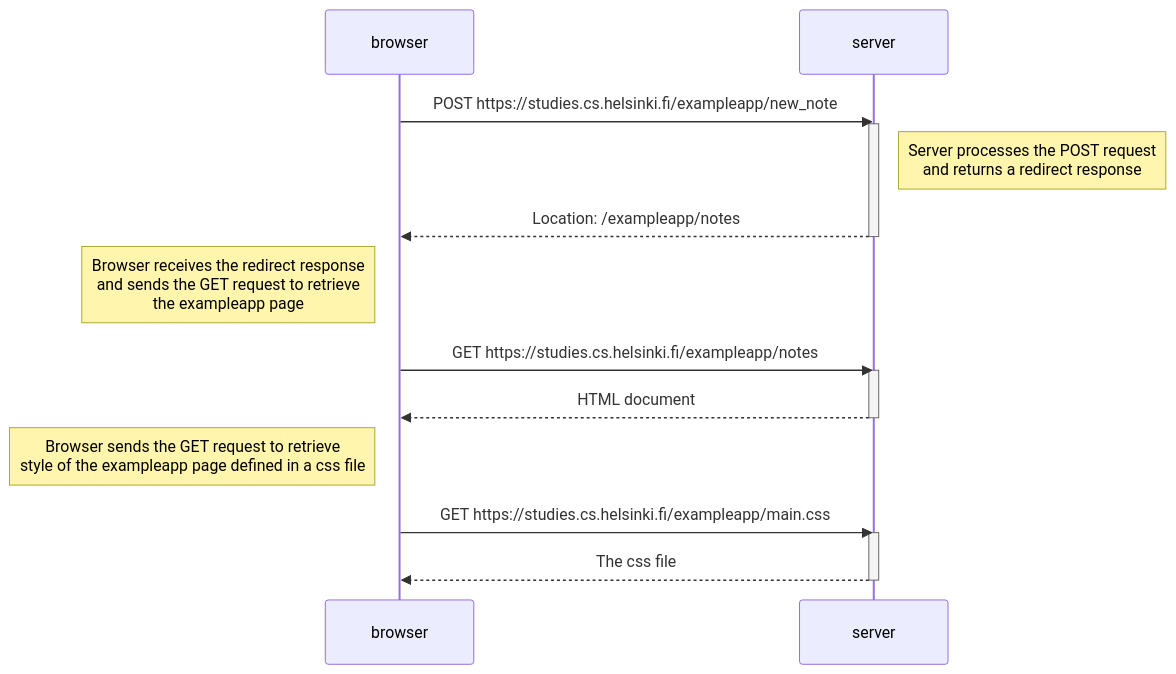
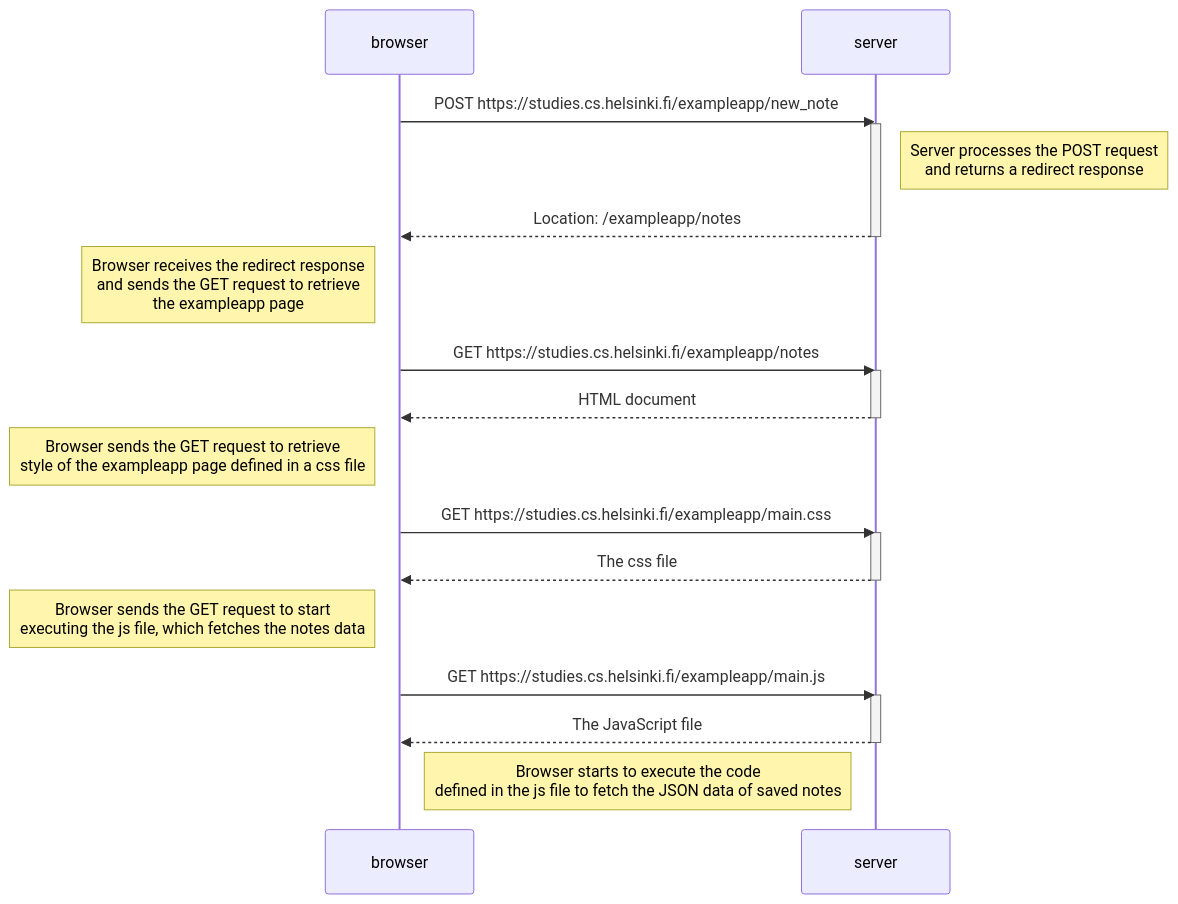
The second of 2 diagrams in osa0/uusi_muistiinpano_kaavio.md (oskarioksanen/fullstack_open_palautusrepo), drawn with Mermaid before and after one commit.

````diff
--- a/osa0/uusi_muistiinpano_kaavio.md
+++ b/osa0/uusi_muistiinpano_kaavio.md
@@ -17,29 +17,33 @@
 ```mermaid
 sequenceDiagram
     participant browser
     participant server
 
     browser->>server: POST https://studies.cs.helsinki.fi/exampleapp/new_note
     activate server
 
     Note right of server: Server processes the POST request<br/>and returns a redirect response
 
     server-->>browser: Location: /exampleapp/notes
     deactivate server
     
     Note left of browser: Browser receives the redirect response<br/>and sends the GET request to retrieve<br/>the exampleapp page
-
     browser->>server: GET https://studies.cs.helsinki.fi/exampleapp/notes
     activate server
     server-->>browser: HTML document
     deactivate server
 
     Note left of browser: Browser sends the GET request to retrieve<br/>style of the exampleapp page defined in a css file
-    
     browser->>server: GET https://studies.cs.helsinki.fi/exampleapp/main.css
     activate server
     server-->>browser: The css file
     deactivate server
 
+    Note left of browser: Browser sends the GET request to start<br/>executing the js file, which fetches the notes data
+    browser->>server: GET https://studies.cs.helsinki.fi/exampleapp/main.js
+    activate server
+    server-->>browser: The JavaScript file
+    deactivate server
+    Note right of browser: Browser starts to execute the code<br/>defined in the js file to fetch the JSON data of saved notes
 
 ```
````
